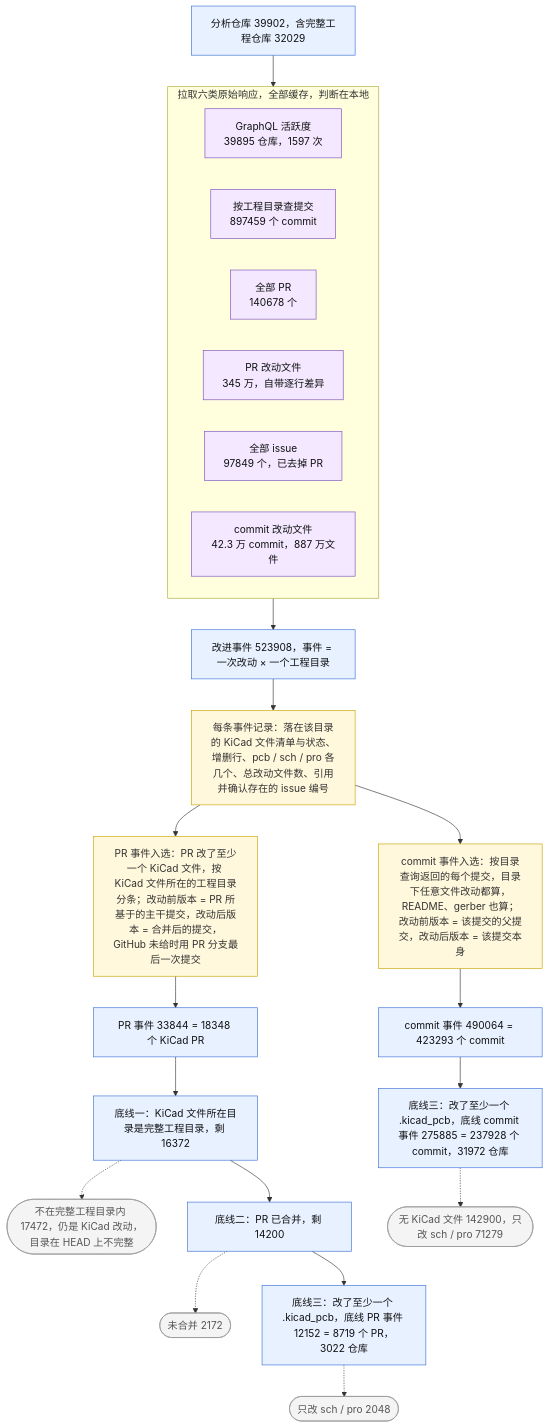
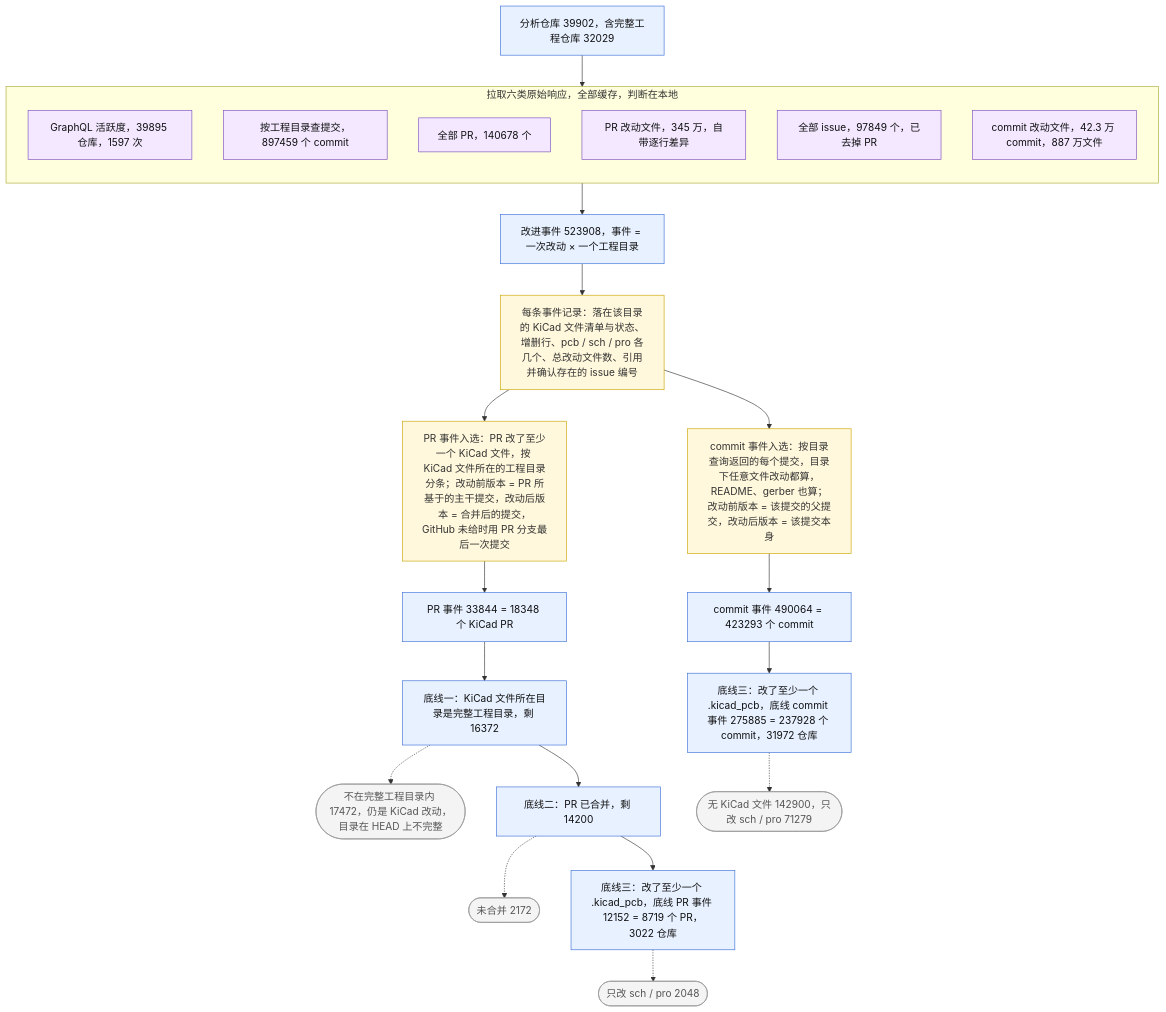
One commit to Xiafyjck/github_kicad_project_scout changed the third of 5 diagrams in reports/progress_report.md. Above: the diagram before and after it, drawn with Mermaid. The commit also changed other lines of this file, not shown here.

Commit message:
reports: source boxes are single lines, stacked inside their group

````diff
--- a/reports/progress_report.md
+++ b/reports/progress_report.md
@@ -170,35 +170,35 @@
 ```mermaid
 flowchart TB
     classDef exit fill:#f4f4f4,stroke:#999,color:#555
     classDef keep fill:#e8f1ff,stroke:#3b6fd6,color:#111
     classDef src fill:#f3e8ff,stroke:#7c4dbd,color:#111
     classDef rule fill:#fff8dc,stroke:#c9a400,color:#333
 
     Q[分析仓库 39902，含完整工程仓库 32029]:::keep
     subgraph H[拉取六类原始响应，全部缓存，判断在本地]
-        direction LR
-        H0[GraphQL 活跃度<br/>39895 仓库，1597 次]:::src
-        H1[按工程目录查提交<br/>897459 个 commit]:::src
-        H2[全部 PR<br/>140678 个]:::src
-        H3[PR 改动文件<br/>345 万，自带逐行差异]:::src
-        H4[全部 issue<br/>97849 个，已去掉 PR]:::src
-        H5[commit 改动文件<br/>42.3 万 commit，887 万文件]:::src
+        direction TB
+        H0[GraphQL 活跃度，39895 仓库，1597 次]:::src
+        H1[按工程目录查提交，897459 个 commit]:::src
+        H2[全部 PR，140678 个]:::src
+        H3[PR 改动文件，345 万，自带逐行差异]:::src
+        H4[全部 issue，97849 个，已去掉 PR]:::src
+        H5[commit 改动文件，42.3 万 commit，887 万文件]:::src
     end
     Q --> H
     H --> E[改进事件 523908，事件 = 一次改动 × 一个工程目录]:::keep
     E --> D[每条事件记录：落在该目录的 KiCad 文件清单与状态、增删行、pcb / sch / pro 各几个、总改动文件数、引用并确认存在的 issue 编号]:::rule
     D --> PR[PR 事件入选：PR 改了至少一个 KiCad 文件，按 KiCad 文件所在的工程目录分条；改动前版本 = PR 所基于的主干提交，改动后版本 = 合并后的提交，GitHub 未给时用 PR 分支最后一次提交]:::rule
     D --> CM[commit 事件入选：按目录查询返回的每个提交，目录下任意文件改动都算，README、gerber 也算；改动前版本 = 该提交的父提交，改动后版本 = 该提交本身]:::rule
     PR --> P[PR 事件 33844 = 18348 个 KiCad PR]:::keep
     CM --> M[commit 事件 490064 = 423293 个 commit]:::keep
 
     P --> P1[底线一：KiCad 文件所在目录是完整工程目录，剩 16372]:::keep
     P1 -.-> PX1([不在完整工程目录内 17472，仍是 KiCad 改动，目录在 HEAD 上不完整]):::exit
     P1 --> P2[底线二：PR 已合并，剩 14200]:::keep
     P2 -.-> PX2([未合并 2172]):::exit
     P2 --> P3[底线三：改了至少一个 .kicad_pcb，底线 PR 事件 12152 = 8719 个 PR，3022 仓库]:::keep
     P3 -.-> PX3([只改 sch / pro 2048]):::exit
 
     M --> M3[底线三：改了至少一个 .kicad_pcb，底线 commit 事件 275885 = 237928 个 commit，31972 仓库]:::keep
     M3 -.-> MX3([无 KiCad 文件 142900，只改 sch / pro 71279]):::exit
 ```
````
